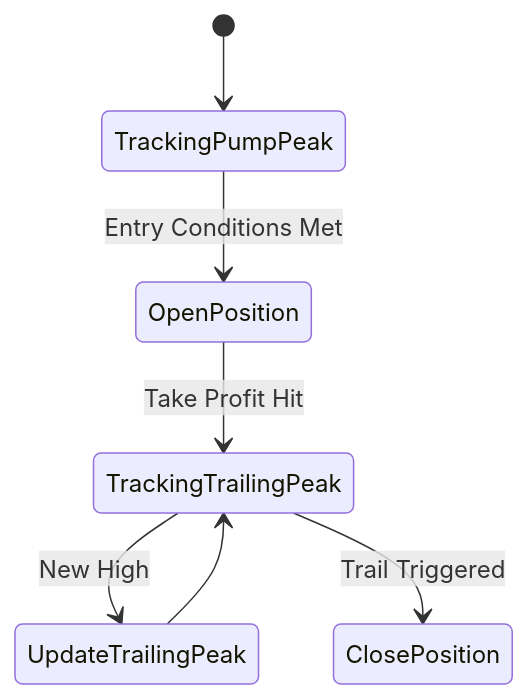
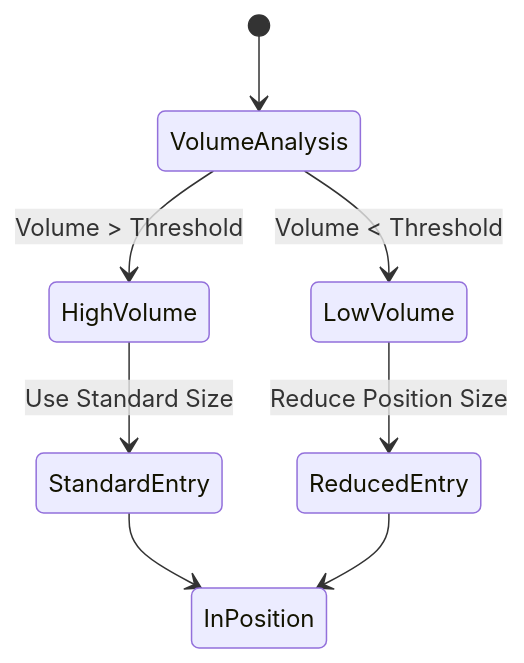
Before and after one commit to proofoftom/money-printer: the third of 9 diagrams in docs/diagrams/TradingScenarios.md, drawn with Mermaid. The commit also changed other lines of this file and 10 other files, not shown here.

````diff
--- a/docs/diagrams/TradingScenarios.md
+++ b/docs/diagrams/TradingScenarios.md
@@ -39,9 +44,10 @@
 ```mermaid
 stateDiagram-v2
-    [*] --> TrackingPumpPeak
-    TrackingPumpPeak --> OpenPosition: Entry Conditions Met
-    OpenPosition --> TrackingTrailingPeak: Take Profit Hit
-    TrackingTrailingPeak --> UpdateTrailingPeak: New High
-    UpdateTrailingPeak --> TrackingTrailingPeak
-    TrackingTrailingPeak --> ClosePosition: Trail Triggered
+    [*] --> VolumeAnalysis
+    VolumeAnalysis --> HighVolume: Volume > Threshold
+    VolumeAnalysis --> LowVolume: Volume < Threshold
+    HighVolume --> StandardEntry: Use Standard Size
+    LowVolume --> ReducedEntry: Reduce Position Size
+    StandardEntry --> InPosition
+    ReducedEntry --> InPosition
 ```
````
